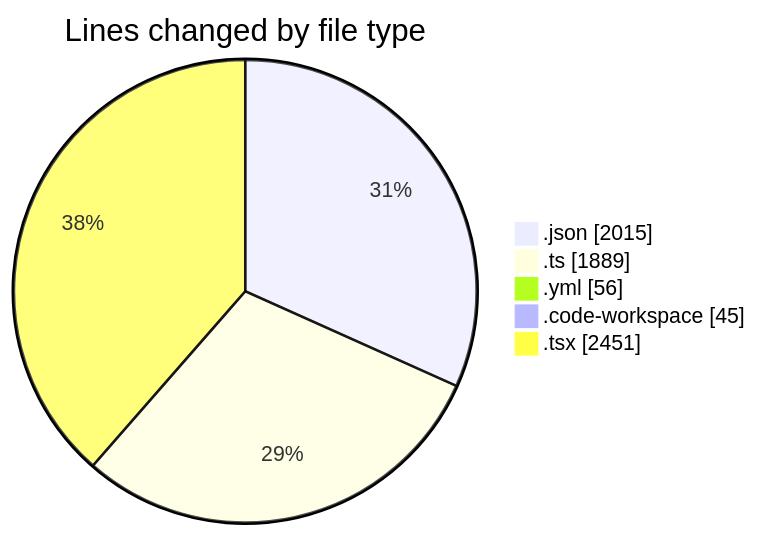
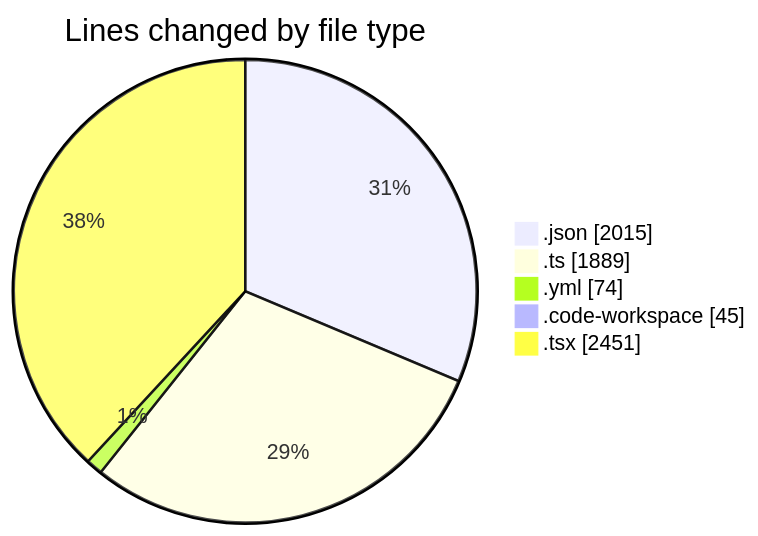
One commit to julien-gomy/code-tracking changed the first of 2 diagrams in 2025-11-25/eventscop-frontend-guide__workspace_/README.md. Above: the diagram before and after it, drawn with Mermaid. The commit also changed other lines of this file and 1 other file, not shown here.

````diff
--- a/2025-11-25/eventscop-frontend-guide__workspace_/README.md
+++ b/2025-11-25/eventscop-frontend-guide__workspace_/README.md
@@ -44,9 +44,9 @@
 ```mermaid
 pie showData
 title Lines changed by file type
 ".json" : 2015
 ".ts" : 1889
-".yml" : 56
+".yml" : 74
 ".code-workspace" : 45
 ".tsx" : 2451
 ```
````
